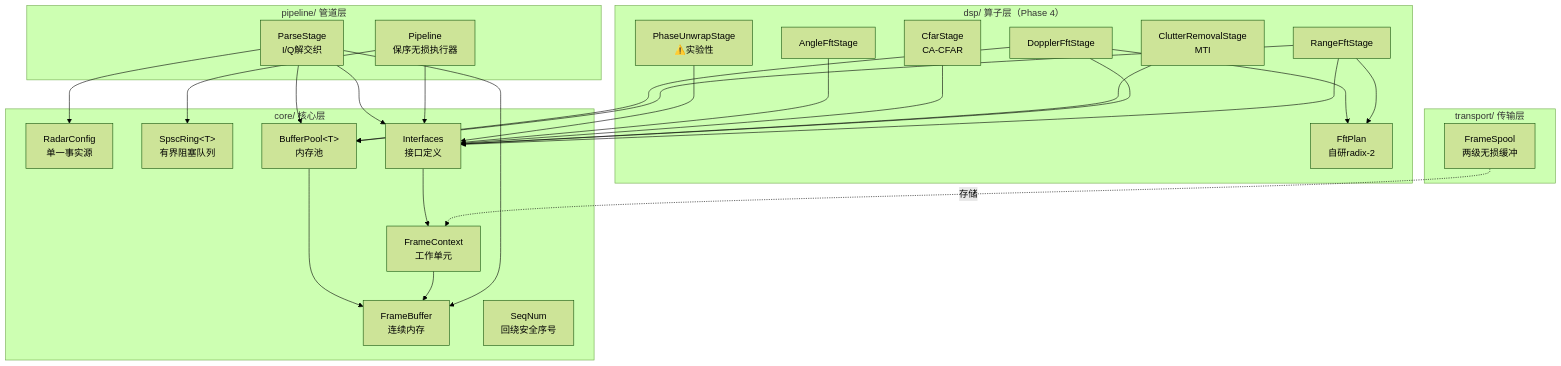
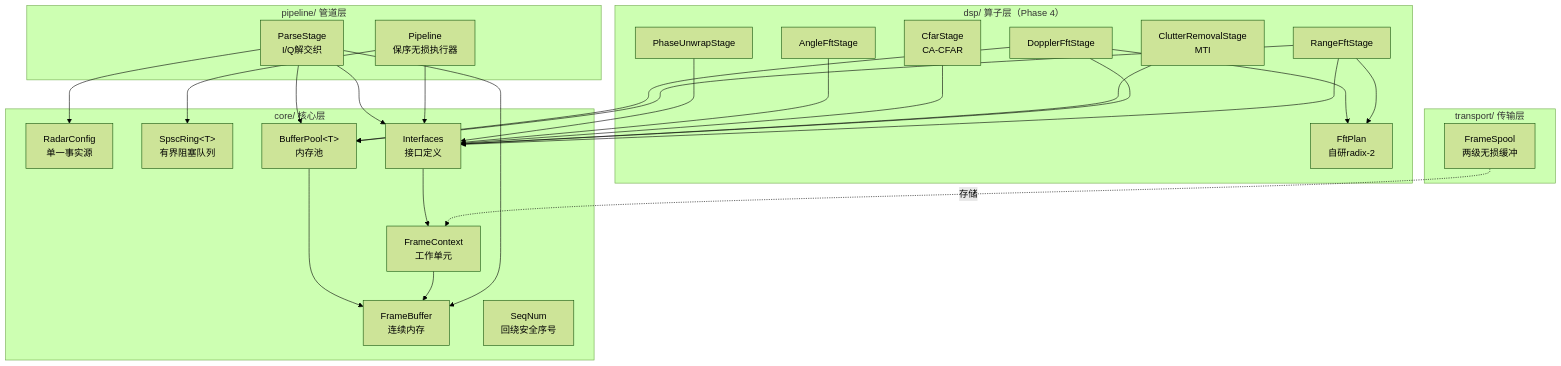
The second of 4 diagrams in README.md (Lukad77/awr1843-radar-toolkit), drawn with Mermaid (forest theme) before and after one commit. The commit also changed other lines of this file, not shown here.

````diff
--- a/README.md
+++ b/README.md
@@ -81,42 +81,42 @@
 ```mermaid
 graph TB
     subgraph DSP["dsp/ 算子层（Phase 4）"]
         RF["RangeFftStage"]
         DF["DopplerFftStage"]
         CR["ClutterRemovalStage<br/>MTI"]
         CF["CfarStage<br/>CA-CFAR"]
         AF["AngleFftStage"]
-        PU["PhaseUnwrapStage<br/>⚠️实验性"]
+        PU["PhaseUnwrapStage"]
         FFT["FftPlan<br/>自研radix-2"]
     end
     subgraph PIPELINE["pipeline/ 管道层"]
         PL["Pipeline<br/>保序无损执行器"]
         PS["ParseStage<br/>I/Q解交织"]
     end
     subgraph TRANSPORT["transport/ 传输层"]
         FS["FrameSpool<br/>两级无损缓冲"]
     end
     subgraph CORE["core/ 核心层"]
         RC["RadarConfig<br/>单一事实源"]
         SR["SpscRing&lt;T&gt;<br/>有界阻塞队列"]
         BP["BufferPool&lt;T&gt;<br/>内存池"]
         FB["FrameBuffer<br/>连续内存"]
         FC["FrameContext<br/>工作单元"]
         IF["Interfaces<br/>接口定义"]
         SN["SeqNum<br/>回绕安全序号"]
     end
 
     RF & DF & CR & CF & AF & PU --> IF
     RF & DF --> FFT
     RF & DF --> BP
     PL --> SR
     PL --> IF
     PS --> RC
     PS --> BP
     PS --> FB
     PS --> IF
     FS -.存储.-> FC
     IF --> FC
     FC --> FB
     BP --> FB
 ```
````
